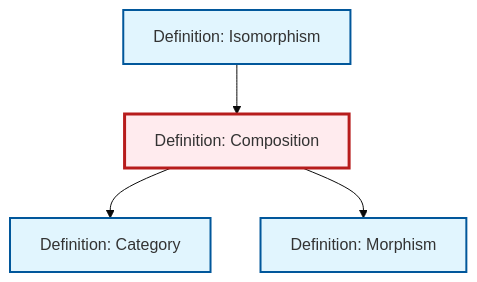
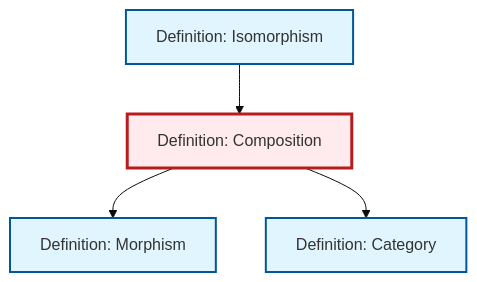
One commit to RK0429/ModernMath changed the diagram in content/ja/category-theory/def-composition.qmd. Above: the diagram before and after it, drawn with Mermaid (base theme). The commit also changed other lines of this file and 530 other files, not shown here.

````diff
--- a/content/ja/category-theory/def-composition.qmd
+++ b/content/ja/category-theory/def-composition.qmd
@@ -93,20 +93,20 @@
 ```{mermaid}
 %%| fig-cap: "Local dependency graph"
 graph TD
     classDef definition fill:#e1f5fe,stroke:#01579b,stroke-width:2px
     classDef theorem fill:#f3e5f5,stroke:#4a148c,stroke-width:2px
     classDef axiom fill:#fff3e0,stroke:#e65100,stroke-width:2px
     classDef example fill:#e8f5e9,stroke:#1b5e20,stroke-width:2px
     classDef current fill:#ffebee,stroke:#b71c1c,stroke-width:3px
+    def-composition["Definition: Composition"]:::definition
+    def-isomorphism["Definition: Isomorphism"]:::definition
+    def-morphism["Definition: Morphism"]:::definition
     def-category["Definition: Category"]:::definition
-    def-composition["Definition: Composition"]:::definition
-    def-morphism["Definition: Morphism"]:::definition
-    def-isomorphism["Definition: Isomorphism"]:::definition
+    def-composition --> def-morphism
     def-isomorphism --> def-composition
     def-composition --> def-category
-    def-composition --> def-morphism
     class def-composition current
+    click def-isomorphism "def-isomorphism.html" "Definition: Isomorphismへ"
+    click def-morphism "def-morphism.html" "Definition: Morphismへ"
     click def-category "def-category.html" "Definition: Categoryへ"
-    click def-morphism "def-morphism.html" "Definition: Morphismへ"
-    click def-isomorphism "def-isomorphism.html" "Definition: Isomorphismへ"
 ```
````
